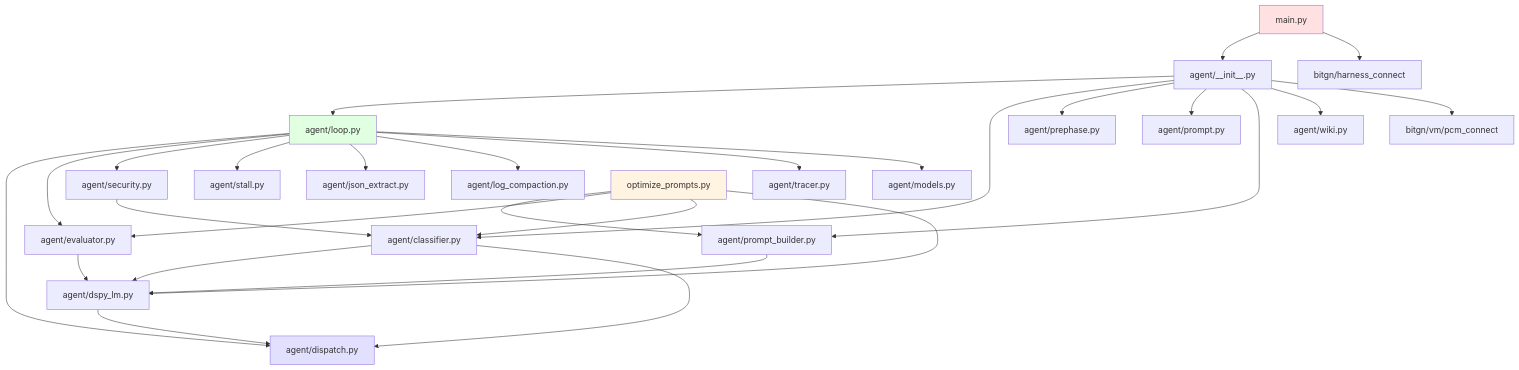
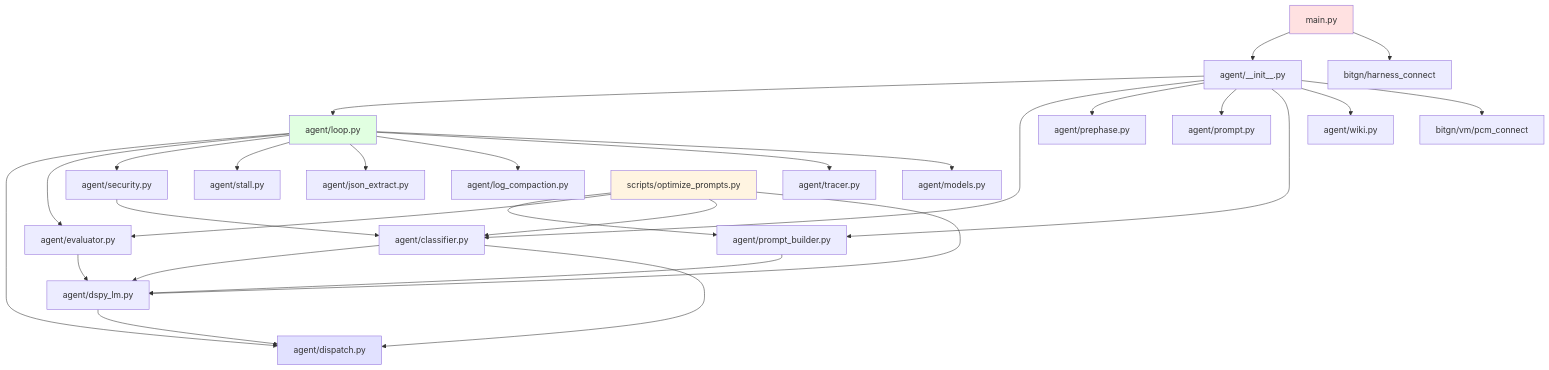
One commit to ikeniborn/pac1-tool changed the second of 2 diagrams in docs/architecture/README.md. Above: the diagram before and after it, drawn with Mermaid. The commit also changed other lines of this file and 19 other files, not shown here.

Commit message:
fix(contract): rename FIX-390→FIX-392, resolve stash conflicts, wire graph_context

````diff
--- a/docs/architecture/README.md
+++ b/docs/architecture/README.md
@@ -71,40 +71,40 @@
 ```mermaid
 graph TD
     main[main.py] --> agent_init[agent/__init__.py]
     main --> harness[bitgn/harness_connect]
 
     agent_init --> loop[agent/loop.py]
     agent_init --> classifier[agent/classifier.py]
     agent_init --> prephase[agent/prephase.py]
     agent_init --> prompt[agent/prompt.py]
     agent_init --> builder[agent/prompt_builder.py]
     agent_init --> wiki[agent/wiki.py]
     agent_init --> pcm[bitgn/vm/pcm_connect]
 
     loop --> dispatch[agent/dispatch.py]
     loop --> evaluator[agent/evaluator.py]
     loop --> security[agent/security.py]
     loop --> stall[agent/stall.py]
     loop --> jsonx[agent/json_extract.py]
     loop --> compact[agent/log_compaction.py]
     loop --> tracer[agent/tracer.py]
     loop --> models[agent/models.py]
 
     builder --> dspy_lm[agent/dspy_lm.py]
     evaluator --> dspy_lm
     classifier --> dspy_lm
     dspy_lm --> dispatch
 
     classifier --> dispatch
     security --> classifier
 
-    optimize[optimize_prompts.py] --> builder
+    optimize[scripts/optimize_prompts.py] --> builder
     optimize --> evaluator
     optimize --> classifier
     optimize --> dspy_lm
 
     style main fill:#ffe1e1
     style loop fill:#e1ffe1
     style dispatch fill:#e1e1ff
     style optimize fill:#fff4e1
 ```
````
